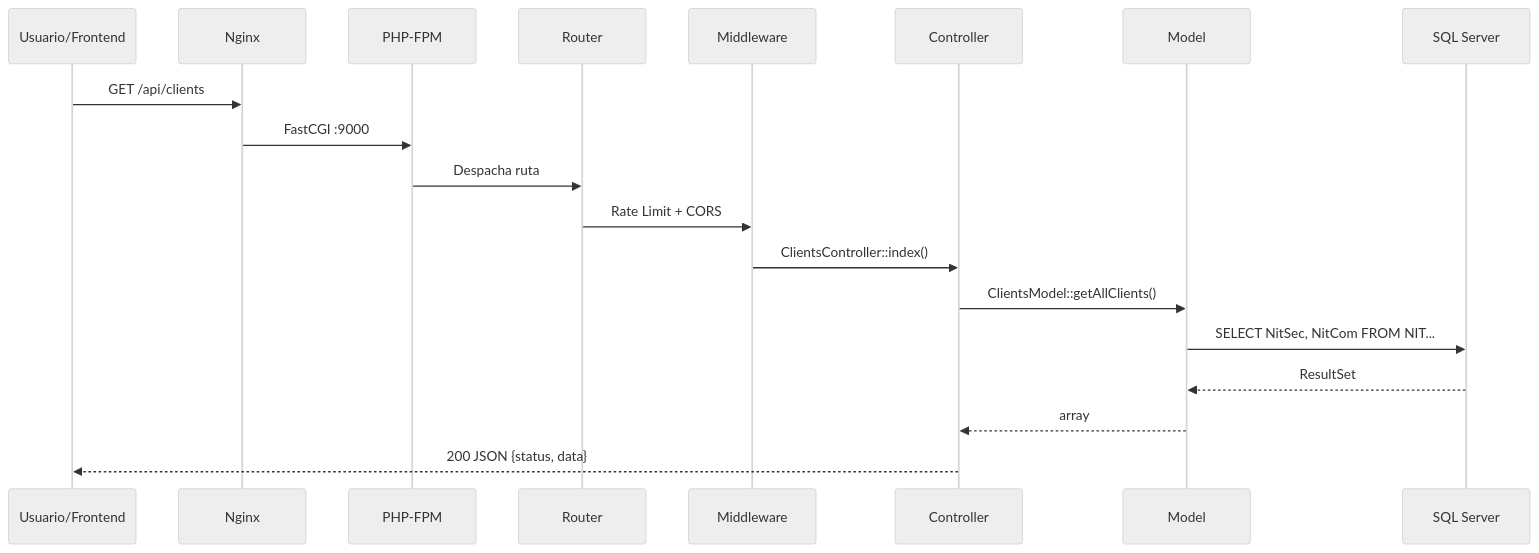
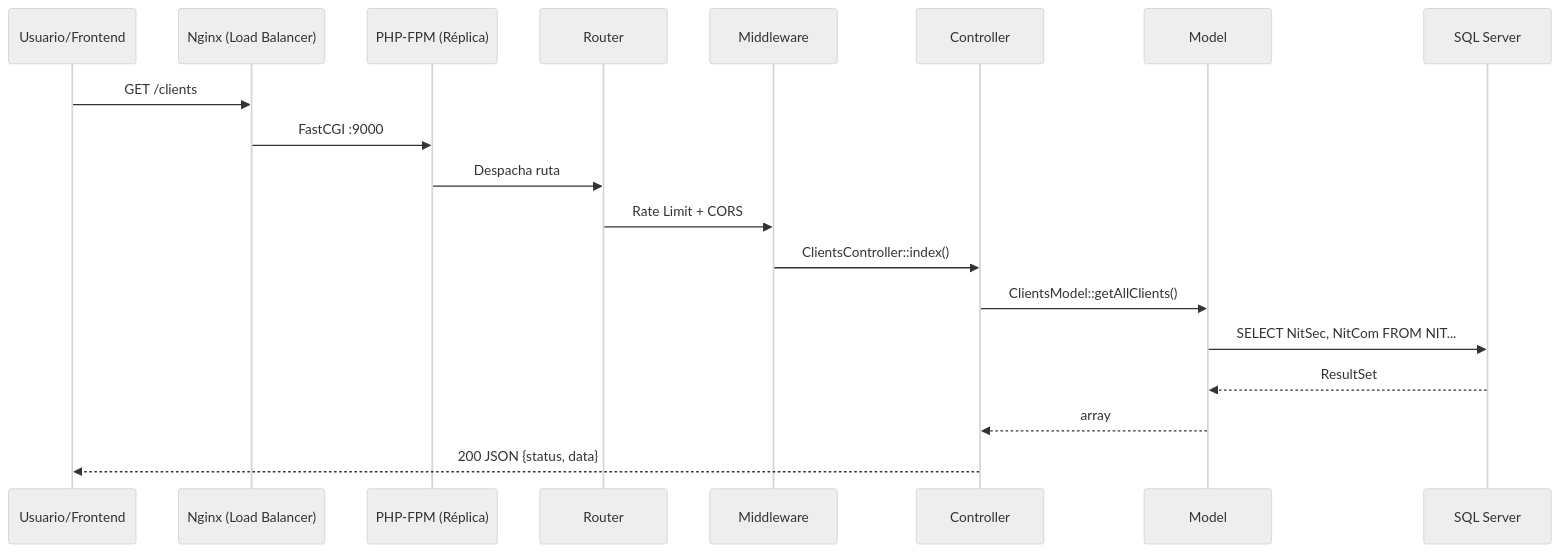
The first of 4 diagrams in plans/data-flows.md (jfrem/AudFact), drawn with Mermaid (neutral theme) before and after one commit. The commit also changed other lines of this file and 133 other files, not shown here.

````diff
--- a/plans/data-flows.md
+++ b/plans/data-flows.md
@@ -10,22 +10,22 @@
 ```mermaid
 sequenceDiagram
     participant U as Usuario/Frontend
-    participant N as Nginx
-    participant P as PHP-FPM
+    participant N as Nginx (Load Balancer)
+    participant P as PHP-FPM (Réplica)
     participant R as Router
     participant MW as Middleware
     participant C as Controller
     participant M as Model
     participant DB as SQL Server
 
-    U->>N: GET /api/clients
+    U->>N: GET /clients
     N->>P: FastCGI :9000
     P->>R: Despacha ruta
     R->>MW: Rate Limit + CORS
     MW->>C: ClientsController::index()
     C->>M: ClientsModel::getAllClients()
     M->>DB: SELECT NitSec, NitCom FROM NIT...
     DB-->>M: ResultSet
     M-->>C: array
     C-->>U: 200 JSON {status, data}
 ```
````
